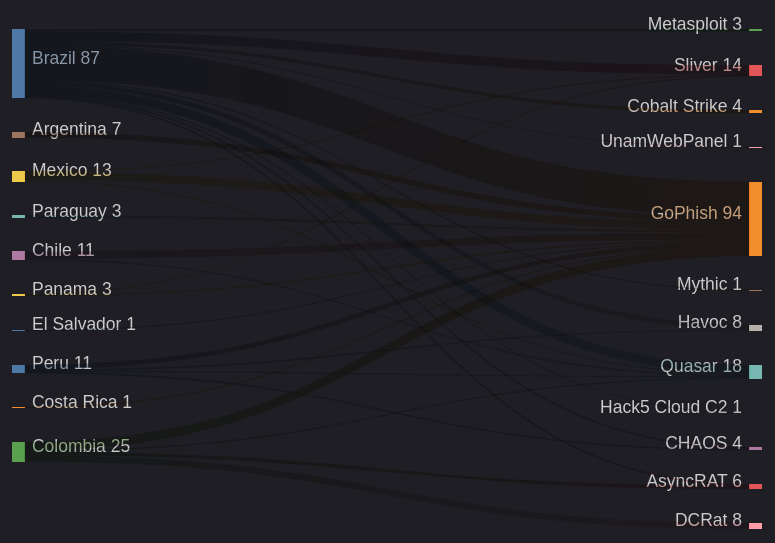
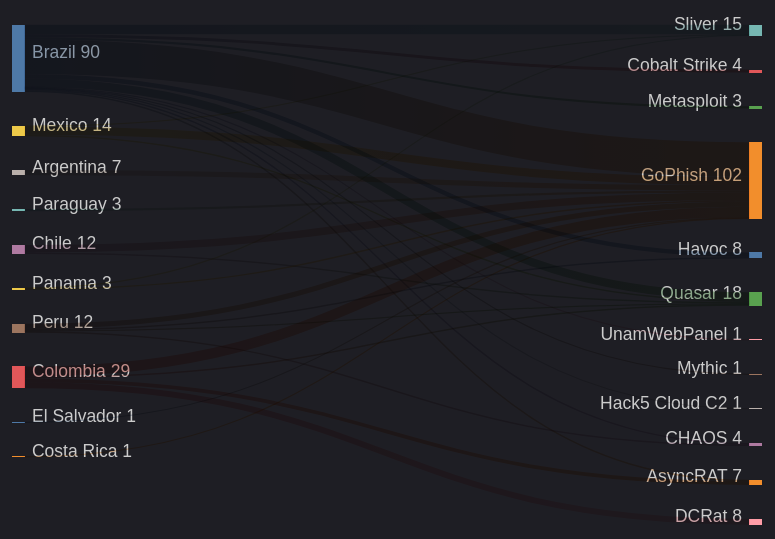
The fifth of 8 diagrams in zolim.md (ZoqueLabs/website), drawn with Mermaid before and after one commit. The commit also changed other lines of this file, not shown here.

````diff
--- a/zolim.md
+++ b/zolim.md
@@ -114,38 +114,38 @@
 ```mermaid
 ---
 config:
   theme: dark
 ---
 %% Country → Threat (top)
 sankey-beta
-  Brazil,GoPhish,44
-  Brazil,Sliver,12
+  Brazil,GoPhish,46
+  Colombia,GoPhish,14
+  Brazil,Sliver,13
   Brazil,Quasar,11
-  Colombia,GoPhish,11
-  Mexico,GoPhish,10
-  Chile,GoPhish,9
+  Mexico,GoPhish,11
+  Chile,GoPhish,10
   Colombia,DCRat,8
+  Peru,GoPhish,7
   Argentina,GoPhish,7
   Brazil,Havoc,6
-  Peru,GoPhish,6
+  Colombia,AsyncRAT,5
   Brazil,Cobalt Strike,4
-  Colombia,AsyncRAT,4
   Paraguay,GoPhish,3
   Brazil,Metasploit,3
   Chile,Quasar,2
   Panama,GoPhish,2
   Mexico,Quasar,2
   Colombia,Quasar,2
   Peru,Havoc,2
   Brazil,AsyncRAT,2
   Peru,CHAOS,2
   Brazil,CHAOS,2
   Brazil,UnamWebPanel,1
   Brazil,Mythic,1
   Brazil,Hack5 Cloud C2,1
   Mexico,Sliver,1
   Panama,Sliver,1
   Peru,Quasar,1
   El Salvador,GoPhish,1
   Costa Rica,GoPhish,1
 ```
````
